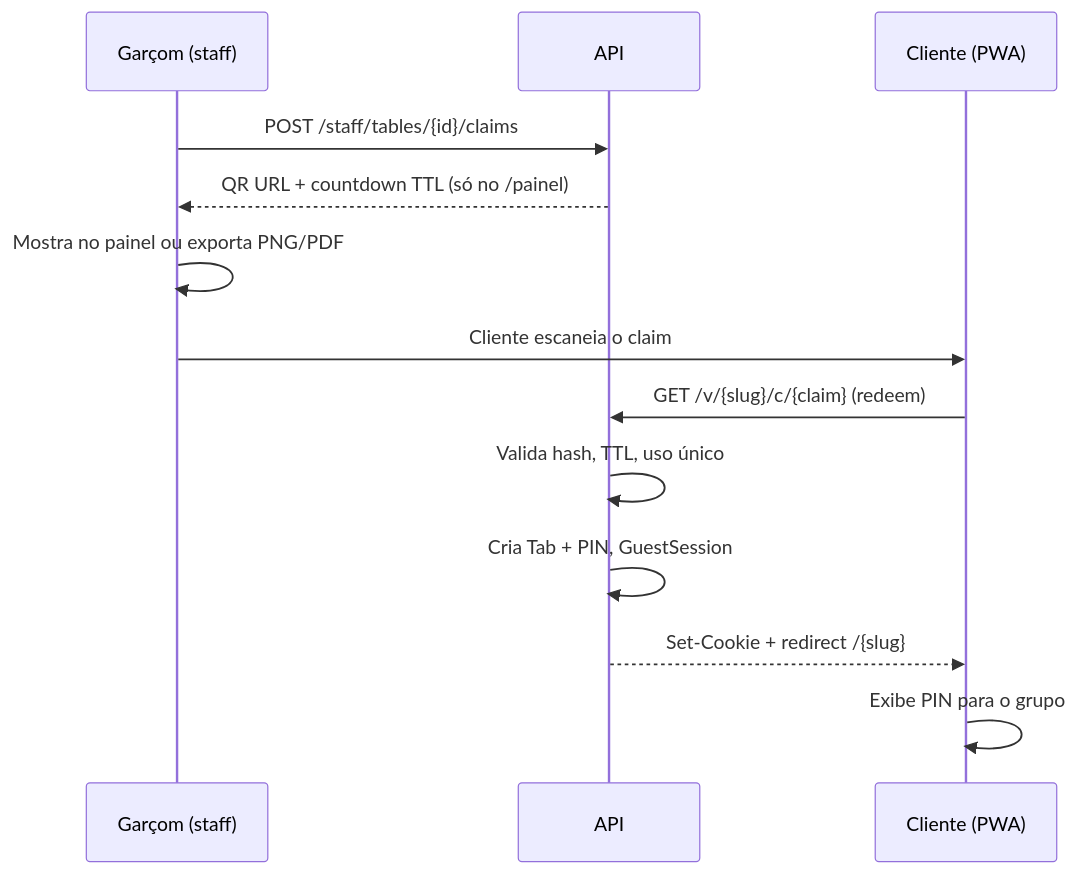
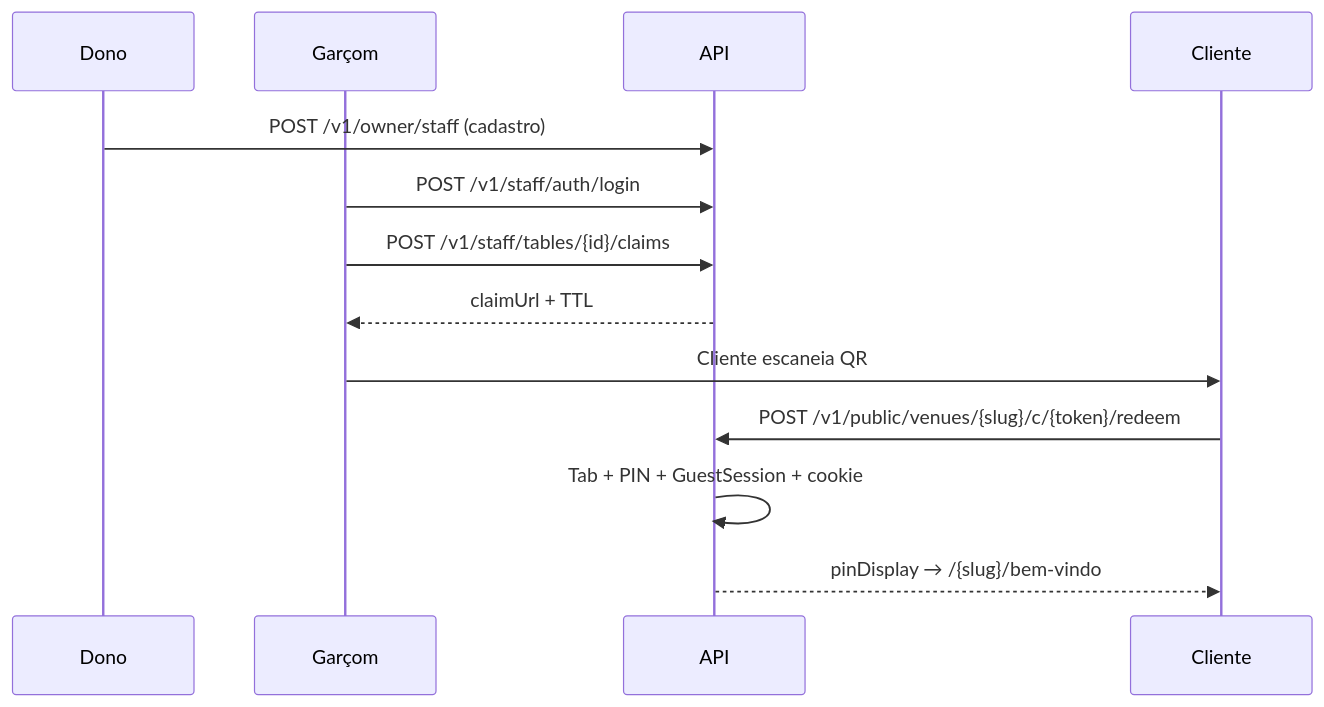
Before and after one commit to filiperamosds/eaimesa: the fourth of 4 diagrams in docs/product/fluxos.md, drawn with Mermaid. The commit also changed other lines of this file and 47 other files, not shown here.

First line of the commit message:
Fatia 4 — Claim do garçom (equipe + /garcom + redeem) (#4)

````diff
--- a/docs/product/fluxos.md
+++ b/docs/product/fluxos.md
@@ -82,16 +80,16 @@
 ```mermaid
 sequenceDiagram
-  participant G as Garçom (staff)
+  participant D as Dono
+  participant G as Garçom
   participant API as API
-  participant C as Cliente (PWA)
+  participant C as Cliente
 
-  G->>API: POST /staff/tables/{id}/claims
-  API-->>G: QR URL + countdown TTL (só no /painel)
-  G->>G: Mostra no painel ou exporta PNG/PDF
-  G->>C: Cliente escaneia o claim
-  C->>API: GET /v/{slug}/c/{claim} (redeem)
-  API->>API: Valida hash, TTL, uso único
-  API->>API: Cria Tab + PIN, GuestSession
-  API-->>C: Set-Cookie + redirect /{slug}
-  C->>C: Exibe PIN para o grupo
+  D->>API: POST /v1/owner/staff (cadastro)
+  G->>API: POST /v1/staff/auth/login
+  G->>API: POST /v1/staff/tables/{id}/claims
+  API-->>G: claimUrl + TTL
+  G->>C: Cliente escaneia QR
+  C->>API: POST /v1/public/venues/{slug}/c/{token}/redeem
+  API->>API: Tab + PIN + GuestSession + cookie
+  API-->>C: pinDisplay → /{slug}/bem-vindo
 ```
````
